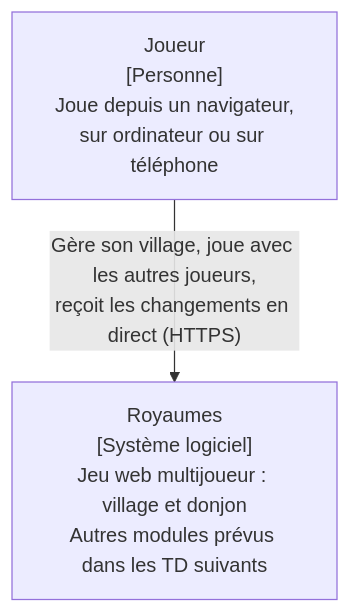
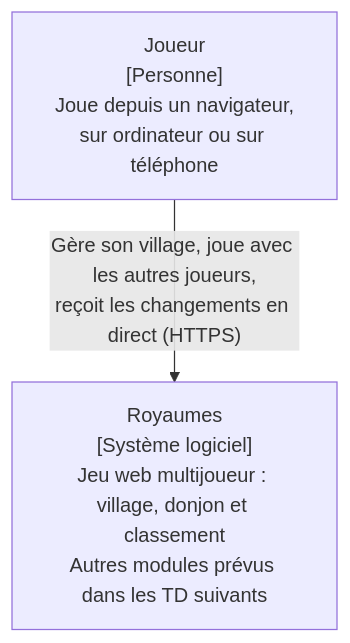
Before and after one commit to leon-morival/kingdom: the first of 4 diagrams in docs/architecture.md, drawn with Mermaid. The commit also changed other lines of this file and 5 other files, not shown here.

````diff
--- a/docs/architecture.md
+++ b/docs/architecture.md
@@ -12,6 +12,6 @@
 ```mermaid
 flowchart TB
   joueur["Joueur<br/>[Personne]<br/>Joue depuis un navigateur,<br/>sur ordinateur ou sur téléphone"]
-  royaumes["Royaumes<br/>[Système logiciel]<br/>Jeu web multijoueur : village et donjon<br/>Autres modules prévus dans les TD suivants"]
+  royaumes["Royaumes<br/>[Système logiciel]<br/>Jeu web multijoueur : village, donjon et classement<br/>Autres modules prévus dans les TD suivants"]
   joueur -->|"Gère son village, joue avec les autres joueurs,<br/>reçoit les changements en direct (HTTPS)"| royaumes
 ```
````
